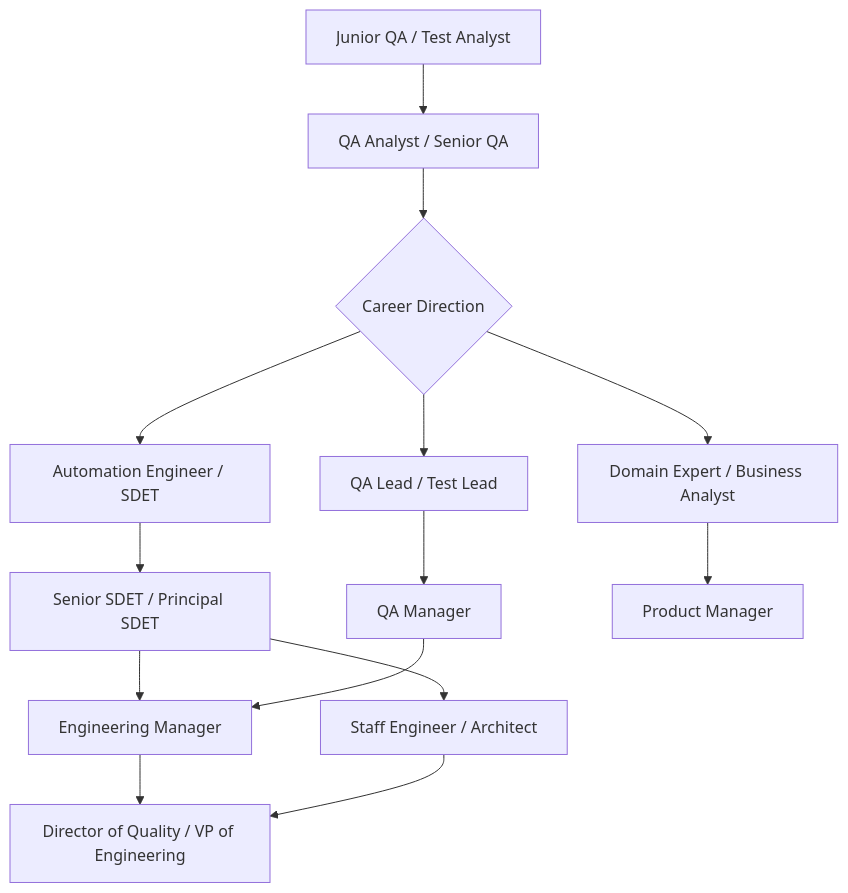
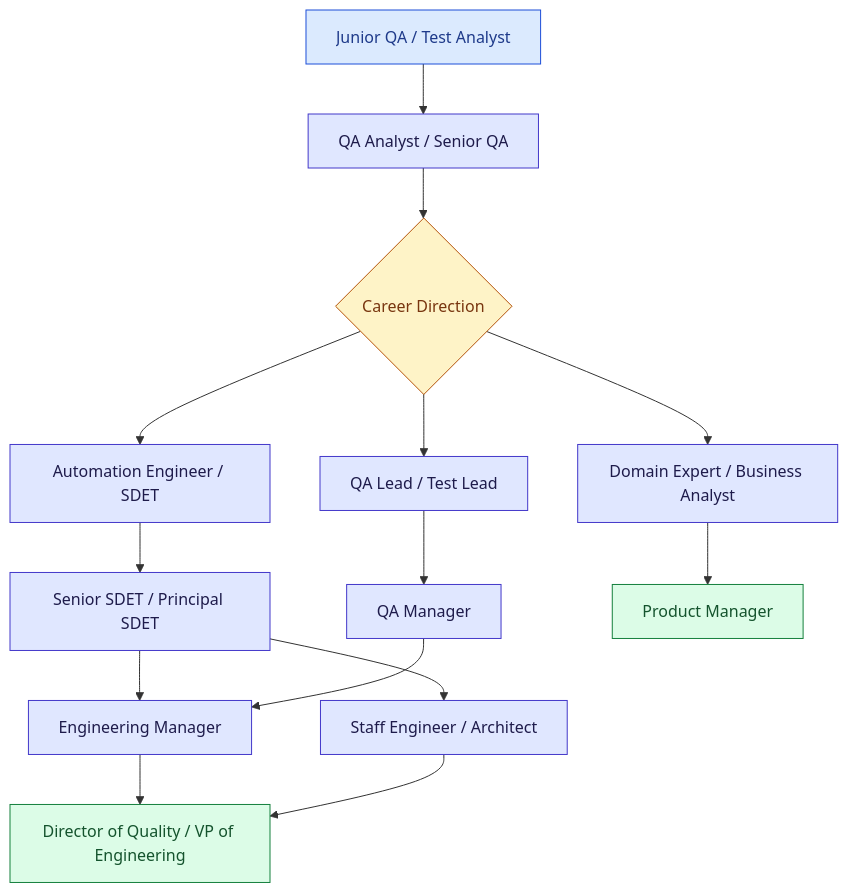
Before and after one commit to ghanendra-sdet/manual-testing-playbook: the sixth of 6 diagrams in Part_12_QA_Best_Practices_Modern_Trends.md, drawn with Mermaid. The commit also changed other lines of this file and 15 other files, not shown here.

Commit message:
Fix broken routes and anchors; update OWASP 2025, ISTQB v4.0, WCAG 2.2, Jira/Zephyr naming and pricing; style diagrams

````diff
--- a/Part_12_QA_Best_Practices_Modern_Trends.md
+++ b/Part_12_QA_Best_Practices_Modern_Trends.md
@@ -1812,16 +1829,26 @@
 ```mermaid
 flowchart TD
     A["Junior QA / Test Analyst"] --> B["QA Analyst / Senior QA"]
     B --> C{"Career Direction"}
     C --> D["Automation Engineer / SDET"]
     C --> E["QA Lead / Test Lead"]
     C --> F["Domain Expert / Business Analyst"]
     D --> G["Senior SDET / Principal SDET"]
     E --> H["QA Manager"]
     F --> I["Product Manager"]
     G --> J["Engineering Manager"]
     H --> J
     G --> K["Staff Engineer / Architect"]
     J --> L["Director of Quality / VP of Engineering"]
     K --> L
+
+    classDef start fill:#dbeafe,stroke:#1d4ed8,color:#1e3a8a
+    classDef step fill:#e0e7ff,stroke:#4338ca,color:#1e1b4b
+    classDef decision fill:#fef3c7,stroke:#b45309,color:#78350f
+    classDef good fill:#dcfce7,stroke:#15803d,color:#14532d
+    classDef bad fill:#fee2e2,stroke:#b91c1c,color:#7f1d1d
+    class A start
+    class B,D,E,F,G,H,J,K step
+    class C decision
+    class I,L good
 ```
````
